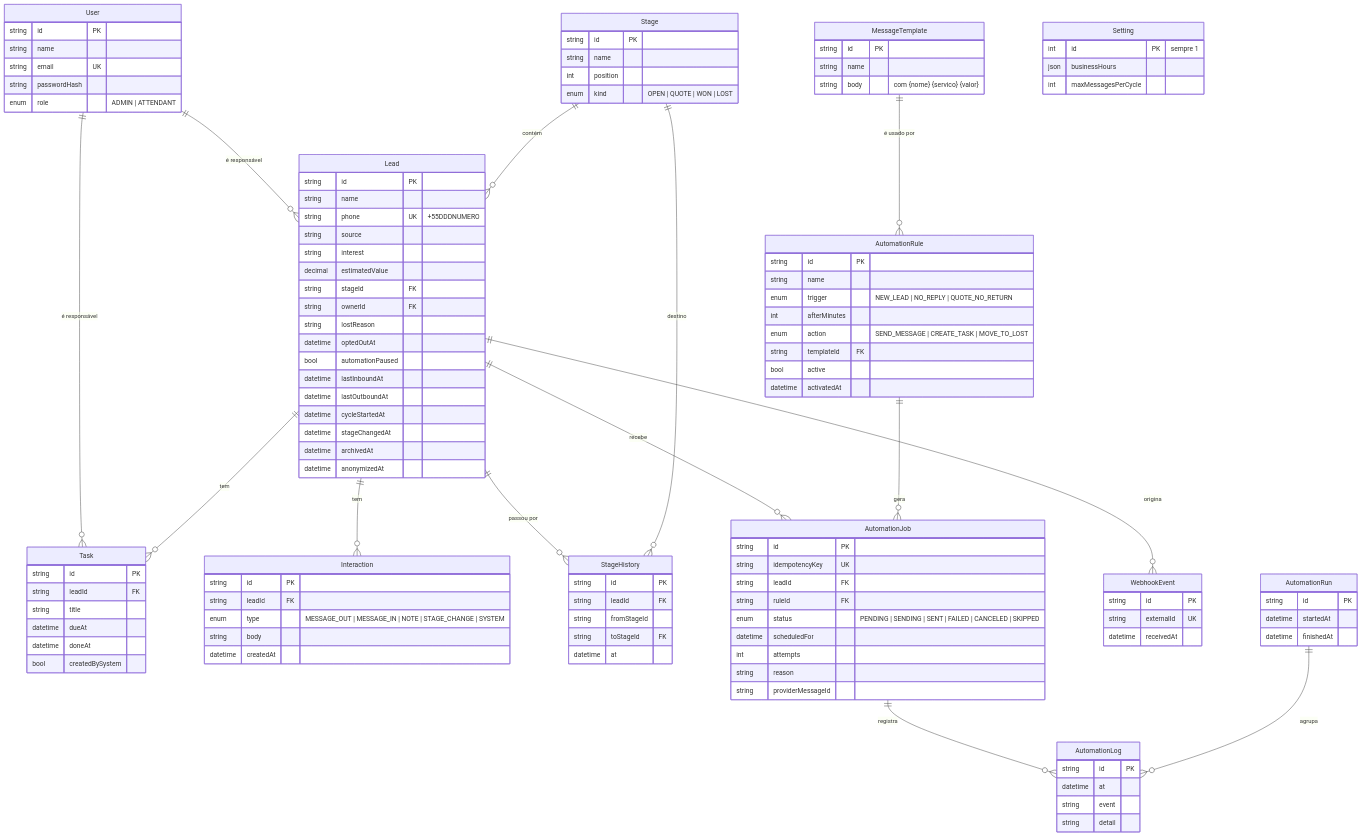
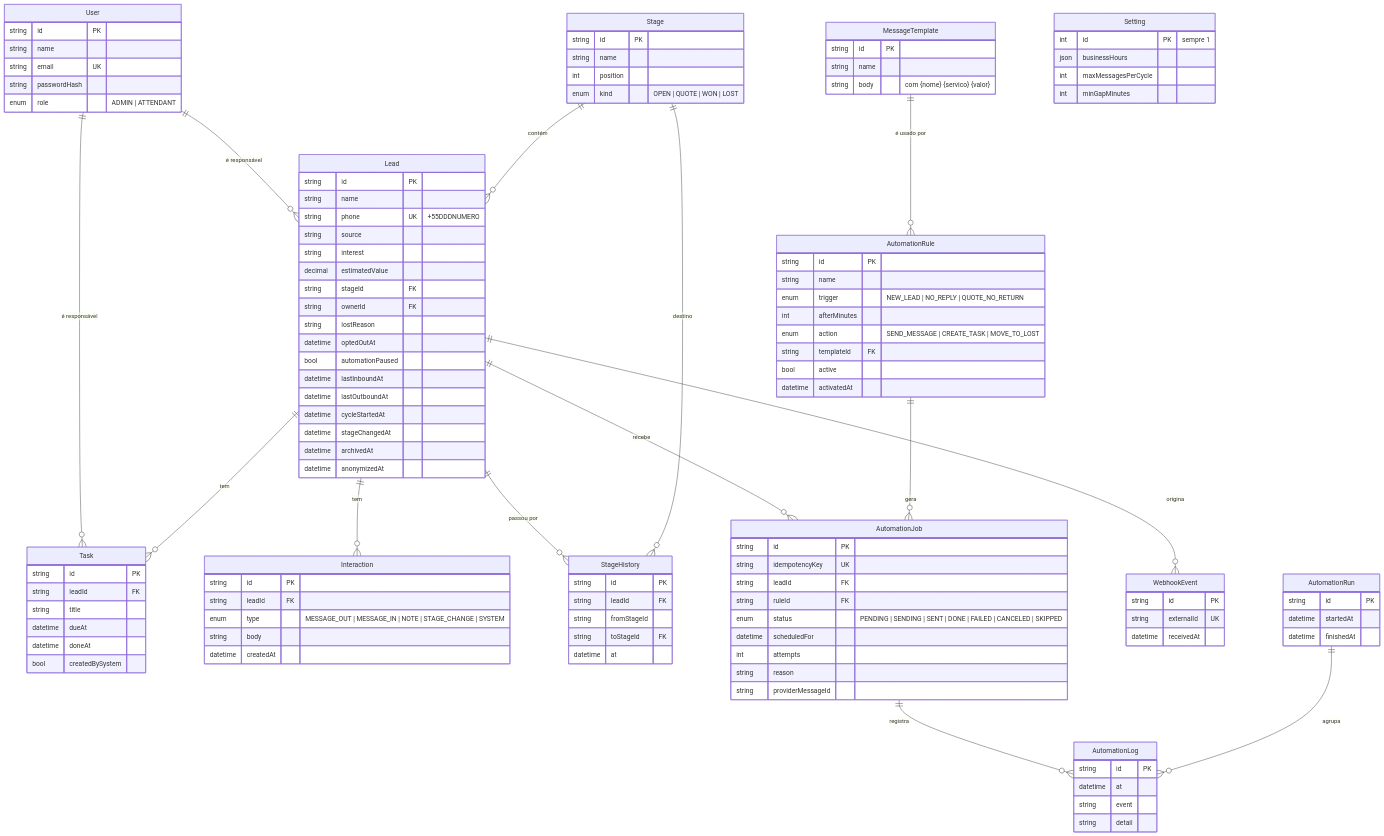
One commit to Joaogabrielmaia/Automated-CRM-follow-up-on-WhatsApp changed the diagram in docs/03-arquitetura/01-modelo-de-dados.md. Above: the diagram before and after it, drawn with Mermaid. The commit also changed 2 other files, not shown here.

Commit message:
docs: RN-18 (intervalo mínimo entre mensagens) e status DONE da automação

````diff
--- a/docs/03-arquitetura/01-modelo-de-dados.md
+++ b/docs/03-arquitetura/01-modelo-de-dados.md
@@ -77,7 +77,7 @@
                     string idempotencyKey UK
                     string leadId FK
                     string ruleId FK
-                    enum status "PENDING | SENDING | SENT | FAILED | CANCELED | SKIPPED"
+                    enum status "PENDING | SENDING | SENT | DONE | FAILED | CANCELED | SKIPPED"
                     datetime scheduledFor
                     int attempts
                     string reason
@@ -94,5 +94,6 @@
                    datetime receivedAt }
     Setting { int id PK "sempre 1"
               json businessHours
-              int maxMessagesPerCycle }
+              int maxMessagesPerCycle
+              int minGapMinutes }
 ```
````
